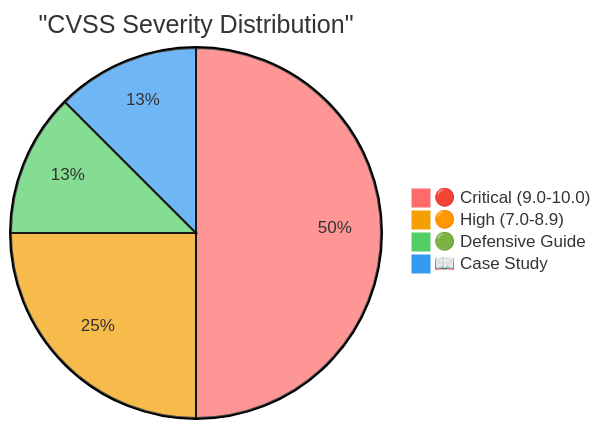
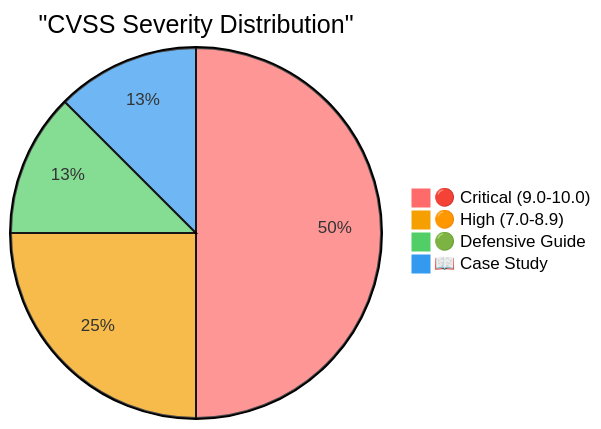
The second of 7 diagrams in README.md (mizazhaider-ceh/Web-Security-Google-Dorking), drawn with Mermaid before and after one commit. The commit also changed other lines of this file, not shown here.

````diff
--- a/README.md
+++ b/README.md
@@ -66,8 +66,8 @@
 ```mermaid
-%%{init: {'theme':'base', 'themeVariables': { 'pie1':'#ff6b6b', 'pie2':'#f59f00', 'pie3':'#51cf66', 'pie4':'#339af0'}}}%%
+%%{init: {'theme':'default', 'themeVariables': { 'background':'#ffffff','mainBkg':'#ffffff','secondaryBkg':'#ffffff','tertiaryBkg':'#ffffff','pie1':'#ff6b6b', 'pie2':'#f59f00', 'pie3':'#51cf66', 'pie4':'#339af0'}}}%%
 pie title "CVSS Severity Distribution"
     "🔴 Critical (9.0-10.0)" : 4
     "🟠 High (7.0-8.9)" : 2
     "🟢 Defensive Guide" : 1
     "📖 Case Study" : 1
 ```
````
